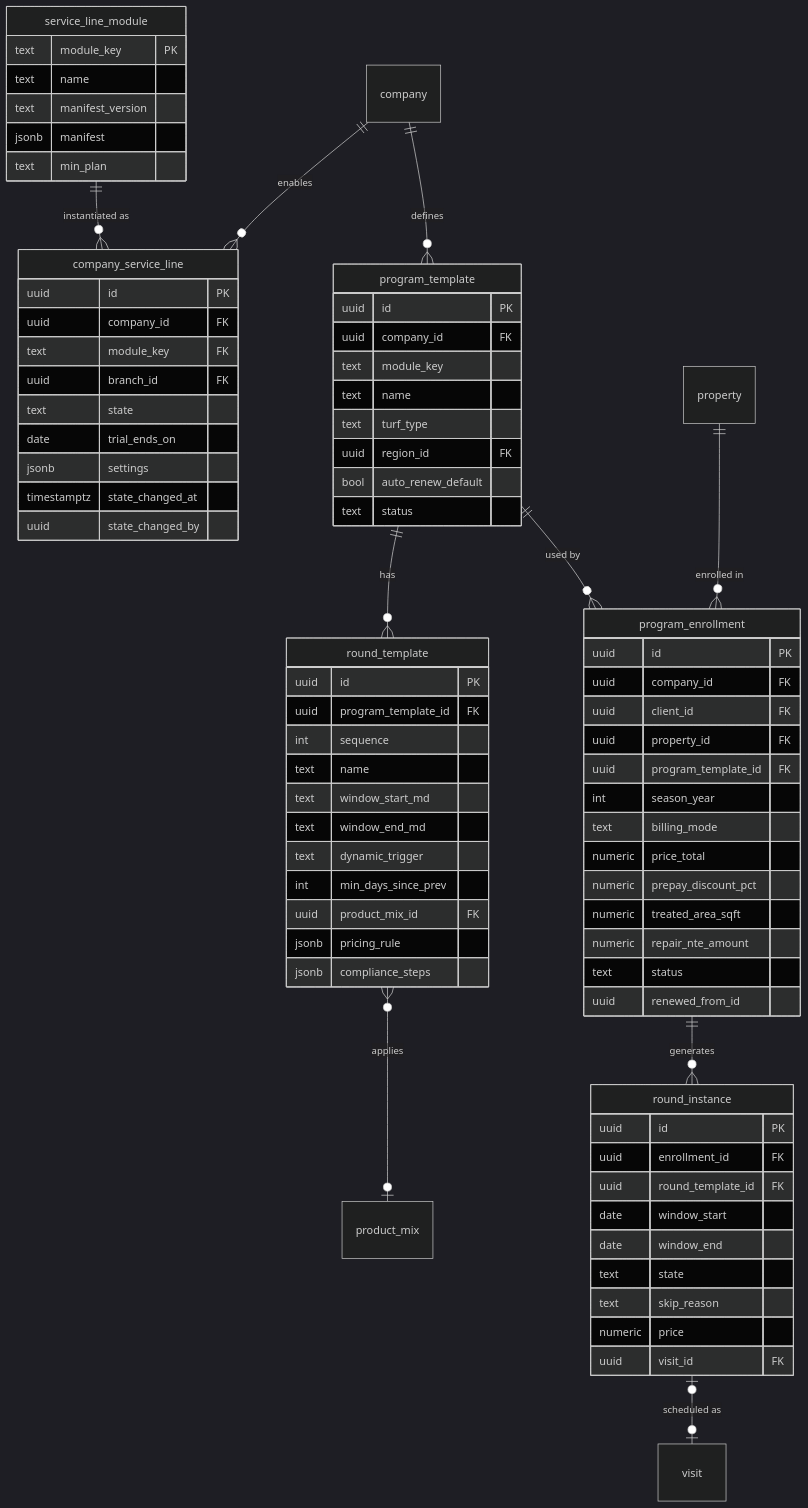
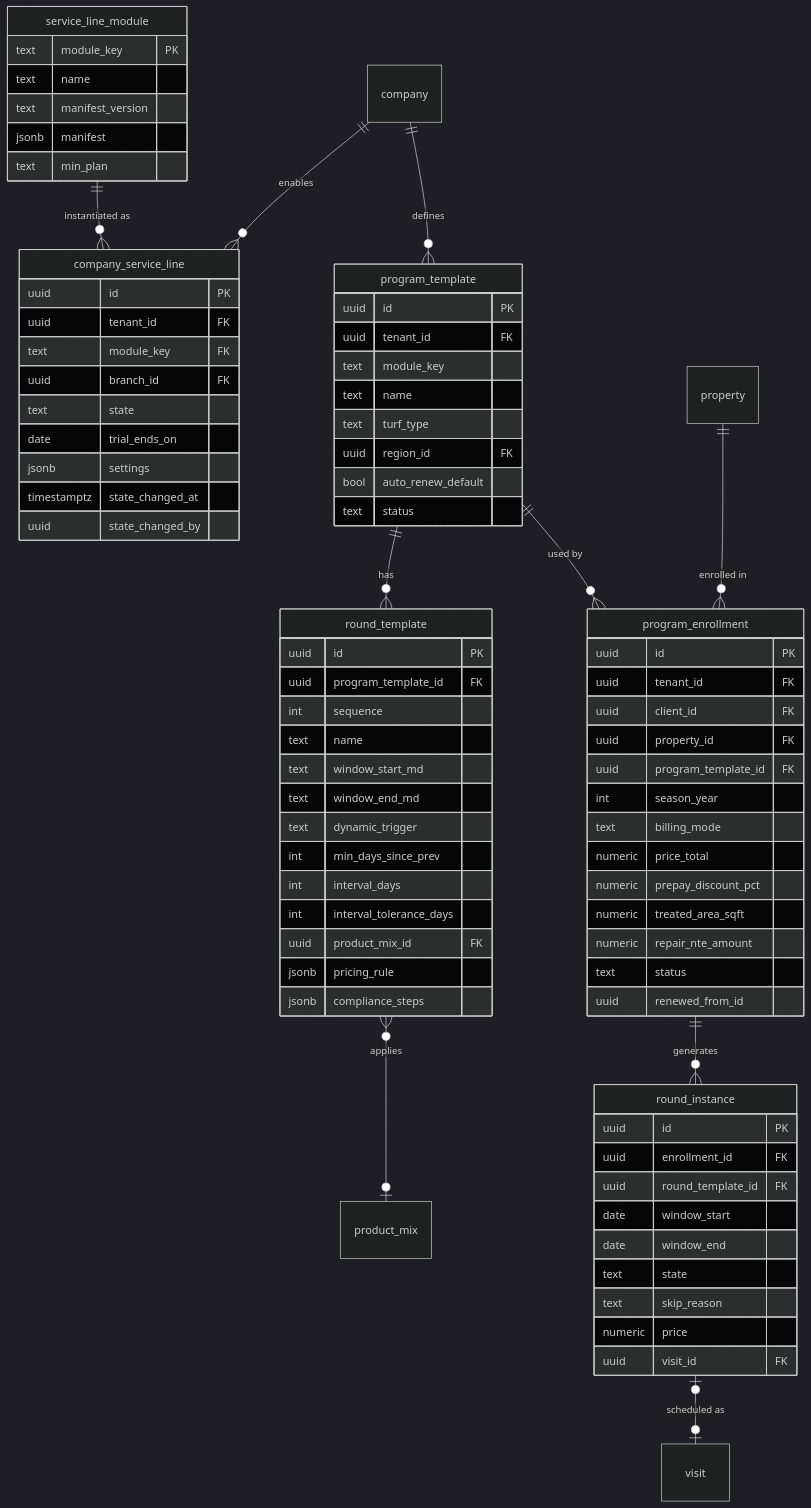
Diagram 17 of 23 in docs/14-service-line-modules.md (jdinard/landscape), drawn with Mermaid (dark theme) before and after one commit. The commit also changed other lines of this file and 13 other files, not shown here.

````diff
--- a/docs/14-service-line-modules.md
+++ b/docs/14-service-line-modules.md
@@ -1462,79 +1754,81 @@
 ```mermaid
 erDiagram
     company ||--o{ company_service_line : "enables"
     service_line_module ||--o{ company_service_line : "instantiated as"
     company ||--o{ program_template : "defines"
     program_template ||--o{ round_template : "has"
     round_template }o--o| product_mix : "applies"
     property ||--o{ program_enrollment : "enrolled in"
     program_template ||--o{ program_enrollment : "used by"
     program_enrollment ||--o{ round_instance : "generates"
     round_instance |o--o| visit : "scheduled as"
     service_line_module {
         text module_key PK
         text name
         text manifest_version
         jsonb manifest
         text min_plan
     }
     company_service_line {
         uuid id PK
-        uuid company_id FK
+        uuid tenant_id FK
         text module_key FK
         uuid branch_id FK
         text state
         date trial_ends_on
         jsonb settings
         timestamptz state_changed_at
         uuid state_changed_by
     }
     program_template {
         uuid id PK
-        uuid company_id FK
+        uuid tenant_id FK
         text module_key
         text name
         text turf_type
         uuid region_id FK
         bool auto_renew_default
         text status
     }
     round_template {
         uuid id PK
         uuid program_template_id FK
         int sequence
         text name
         text window_start_md
         text window_end_md
         text dynamic_trigger
         int min_days_since_prev
+        int interval_days
+        int interval_tolerance_days
         uuid product_mix_id FK
         jsonb pricing_rule
         jsonb compliance_steps
     }
     program_enrollment {
         uuid id PK
-        uuid company_id FK
+        uuid tenant_id FK
         uuid client_id FK
         uuid property_id FK
         uuid program_template_id FK
         int season_year
         text billing_mode
         numeric price_total
         numeric prepay_discount_pct
         numeric treated_area_sqft
         numeric repair_nte_amount
         text status
         uuid renewed_from_id
     }
     round_instance {
         uuid id PK
         uuid enrollment_id FK
         uuid round_template_id FK
         date window_start
         date window_end
         text state
         text skip_reason
         numeric price
         uuid visit_id FK
     }
 ```
````
